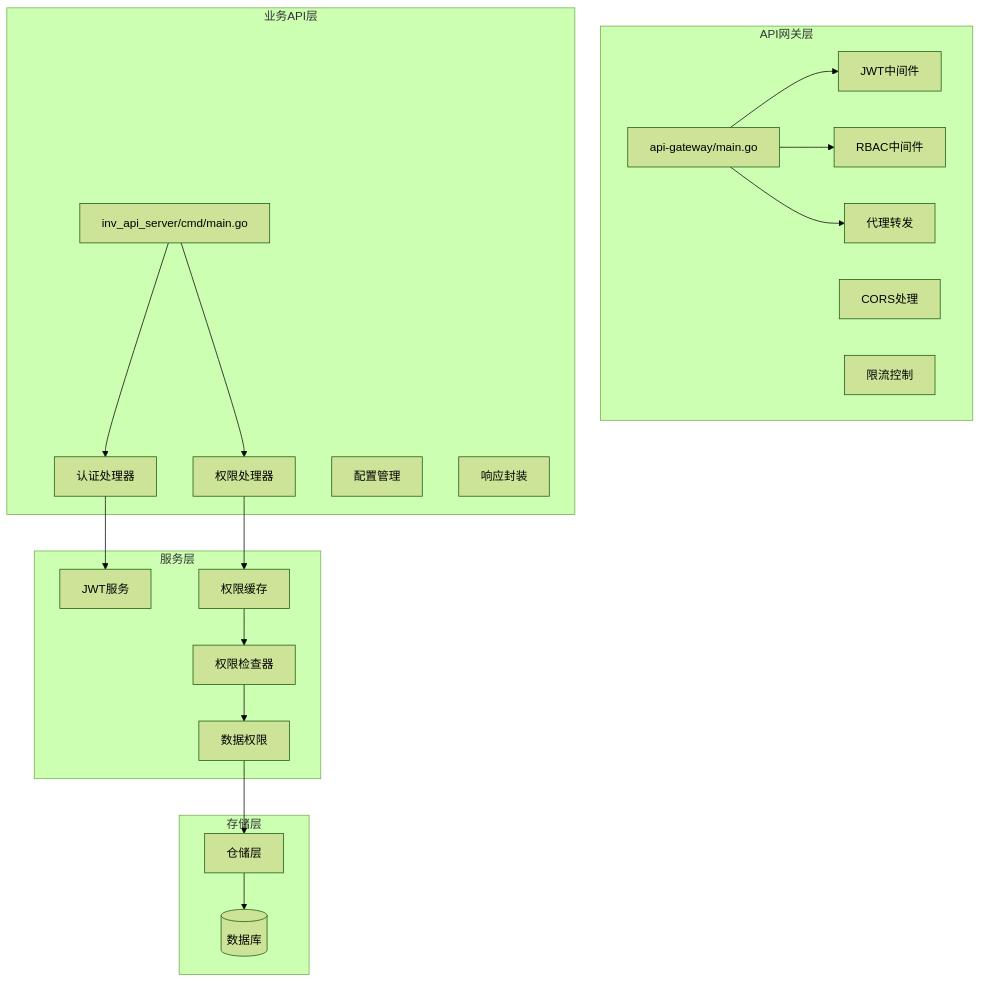
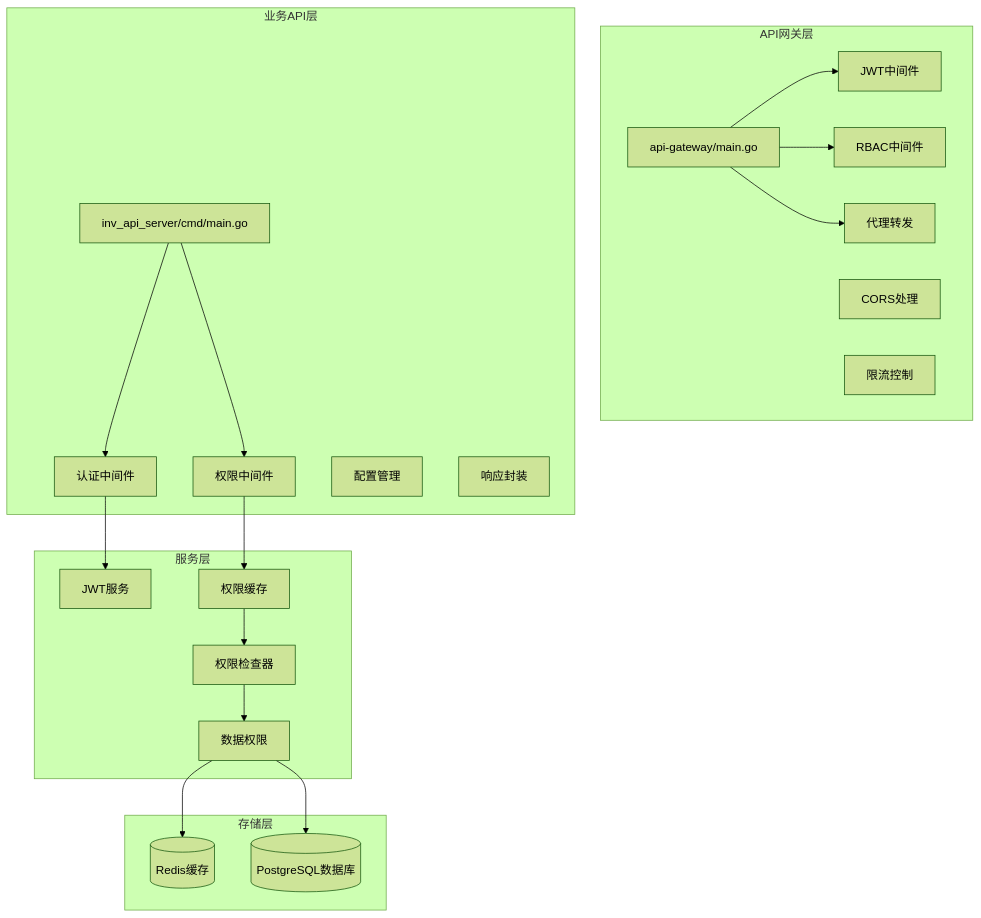
Before and after one commit to mcmrzy/cs_inv_monitor-develop: the first of 7 diagrams in .qoder/repowiki/zh/content/API服务器/认证与授权系统.md, drawn with Mermaid (forest theme). The commit also changed other lines of this file and 128 other files, not shown here.

````diff
--- a/.qoder/repowiki/zh/content/API服务器/认证与授权系统.md
+++ b/.qoder/repowiki/zh/content/API服务器/认证与授权系统.md
@@ -44,39 +53,39 @@
 ```mermaid
 graph TB
 subgraph "API网关层"
 GatewayMain[api-gateway/main.go]
 JWTMiddleware[JWT中间件]
 RBACMiddleware[RBAC中间件]
 CORS[CORS处理]
 RateLimit[限流控制]
 Proxy[代理转发]
 end
 subgraph "业务API层"
 APIMain[inv_api_server/cmd/main.go]
-AuthHandler[认证处理器]
-PermissionHandler[权限处理器]
+AuthMiddleware[认证中间件]
+PermissionMiddleware[权限中间件]
 Config[配置管理]
 Response[响应封装]
 end
 subgraph "服务层"
 JWTService[JWT服务]
 RBACCache[权限缓存]
 PermChecker[权限检查器]
 DataPerm[数据权限]
 end
 subgraph "存储层"
-Repositories[仓储层]
-Database[(数据库)]
+Redis[(Redis缓存)]
+PostgreSQL[(PostgreSQL数据库)]
 end
 GatewayMain --> JWTMiddleware
 GatewayMain --> RBACMiddleware
 GatewayMain --> Proxy
-APIMain --> AuthHandler
-APIMain --> PermissionHandler
-AuthHandler --> JWTService
-PermissionHandler --> RBACCache
+APIMain --> AuthMiddleware
+APIMain --> PermissionMiddleware
+AuthMiddleware --> JWTService
+PermissionMiddleware --> RBACCache
 RBACCache --> PermChecker
 PermChecker --> DataPerm
-DataPerm --> Repositories
-Repositories --> Database
+DataPerm --> Redis
+DataPerm --> PostgreSQL
 ```
````
